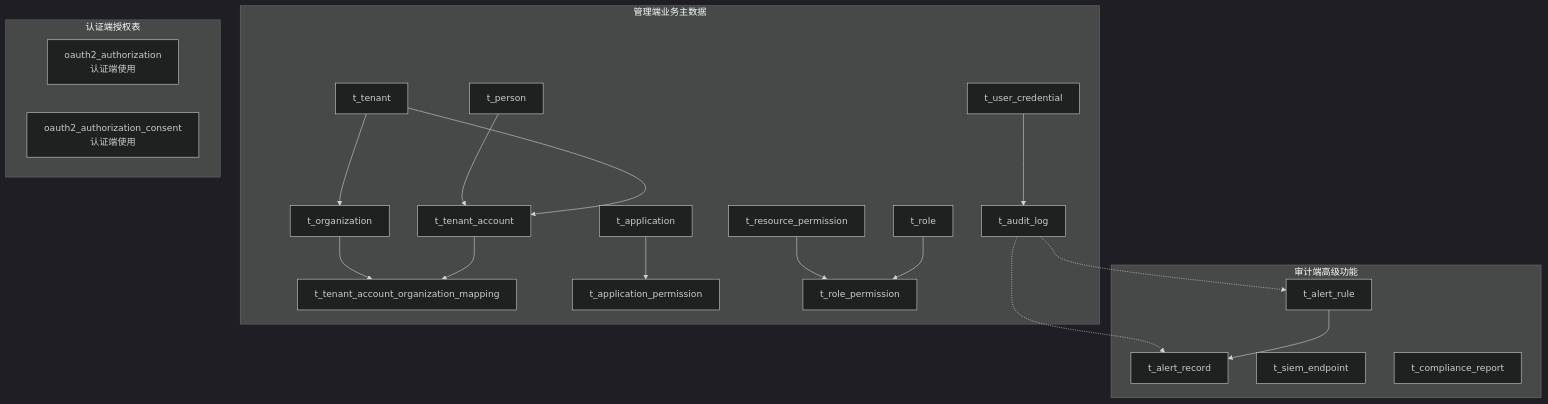
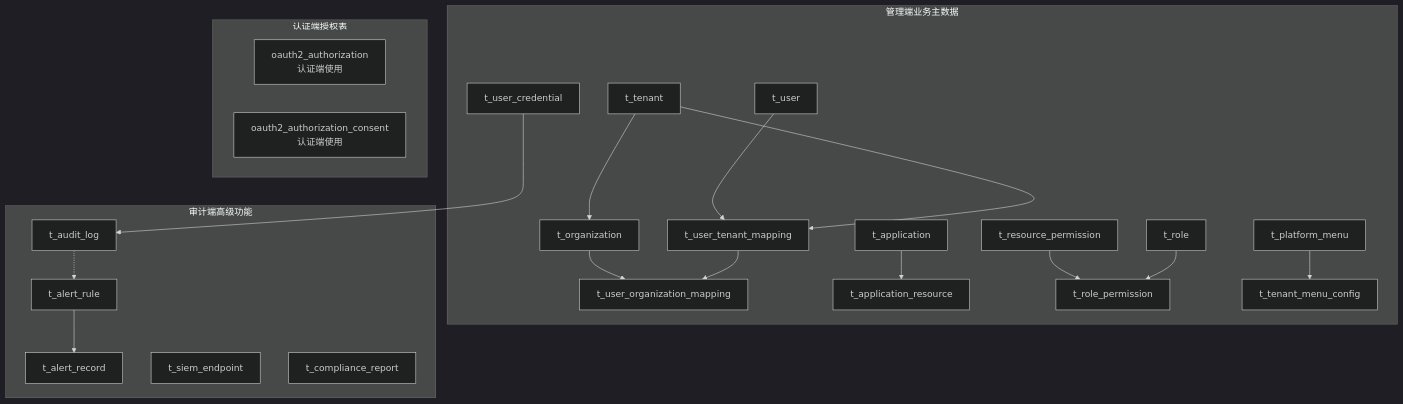
One commit to fq0121104930716/iam-platform changed the second of 11 diagrams in .qoder/repowiki/zh/content/数据库设计/数据库架构/数据库架构.md. Above: the diagram before and after it, drawn with Mermaid (dark theme). The commit also changed other lines of this file and 42 other files, not shown here.

````diff
--- a/.qoder/repowiki/zh/content/数据库设计/数据库架构/数据库架构.md
+++ b/.qoder/repowiki/zh/content/数据库设计/数据库架构/数据库架构.md
@@ -138,39 +132,41 @@
 ```mermaid
 graph TB
 subgraph "管理端业务主数据"
 T1["t_tenant"]
-T2["t_person"]
-T3["t_tenant_account"]
+T2["t_user"]
+T3["t_user_tenant_mapping"]
 T4["t_organization"]
-T5["t_tenant_account_organization_mapping"]
+T5["t_user_organization_mapping"]
 T6["t_application"]
-T7["t_application_permission"]
+T7["t_application_resource"]
 T8["t_resource_permission"]
 T9["t_role"]
 T10["t_role_permission"]
-T11["t_audit_log"]
-T12["t_user_credential"]
+T11["t_user_credential"]
+T12["t_platform_menu"]
+T13["t_tenant_menu_config"]
 end
 subgraph "审计端高级功能"
-T13["t_alert_rule"]
-T14["t_alert_record"]
-T15["t_siem_endpoint"]
-T16["t_compliance_report"]
+T14["t_audit_log"]
+T15["t_alert_rule"]
+T16["t_alert_record"]
+T17["t_siem_endpoint"]
+T18["t_compliance_report"]
 end
 subgraph "认证端授权表"
-T17["oauth2_authorization<br/>认证端使用"]
-T18["oauth2_authorization_consent<br/>认证端使用"]
+T19["oauth2_authorization<br/>认证端使用"]
+T20["oauth2_authorization_consent<br/>认证端使用"]
 end
 T2 --> T3
 T1 --> T3
 T1 --> T4
 T4 --> T5
 T3 --> T5
 T6 --> T7
 T8 --> T10
 T9 --> T10
-T11 -.-> T13
-T11 -.-> T14
-T12 --> T11
-T13 --> T14
+T11 --> T14
+T12 --> T13
+T14 -.-> T15
+T15 --> T16
 ```
````
